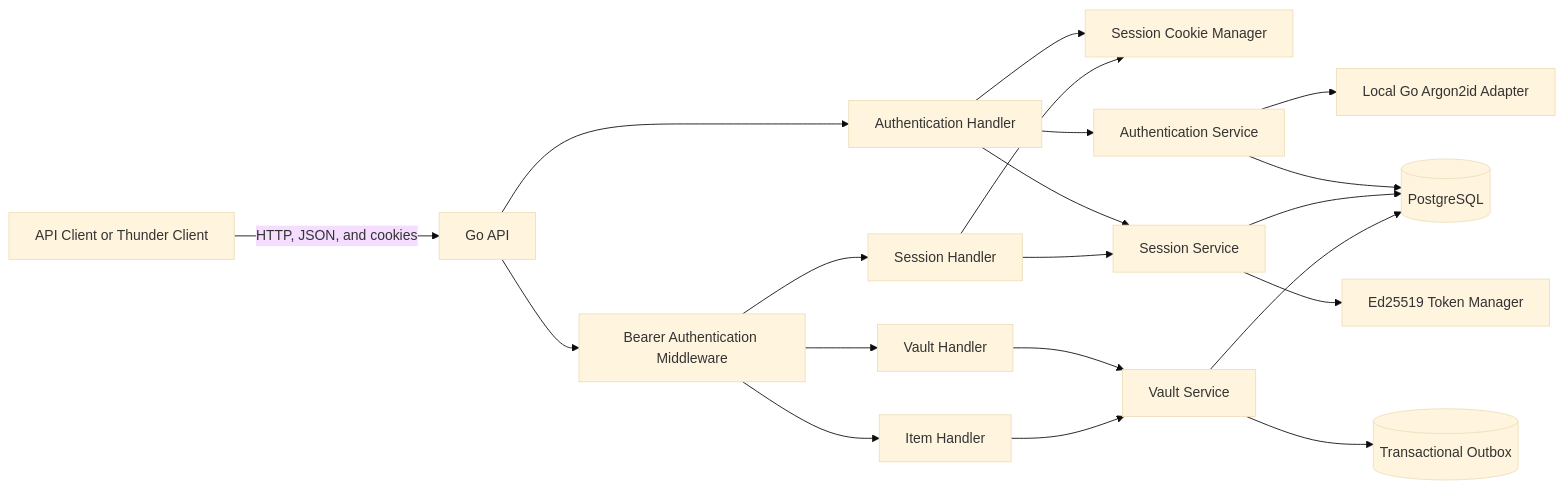
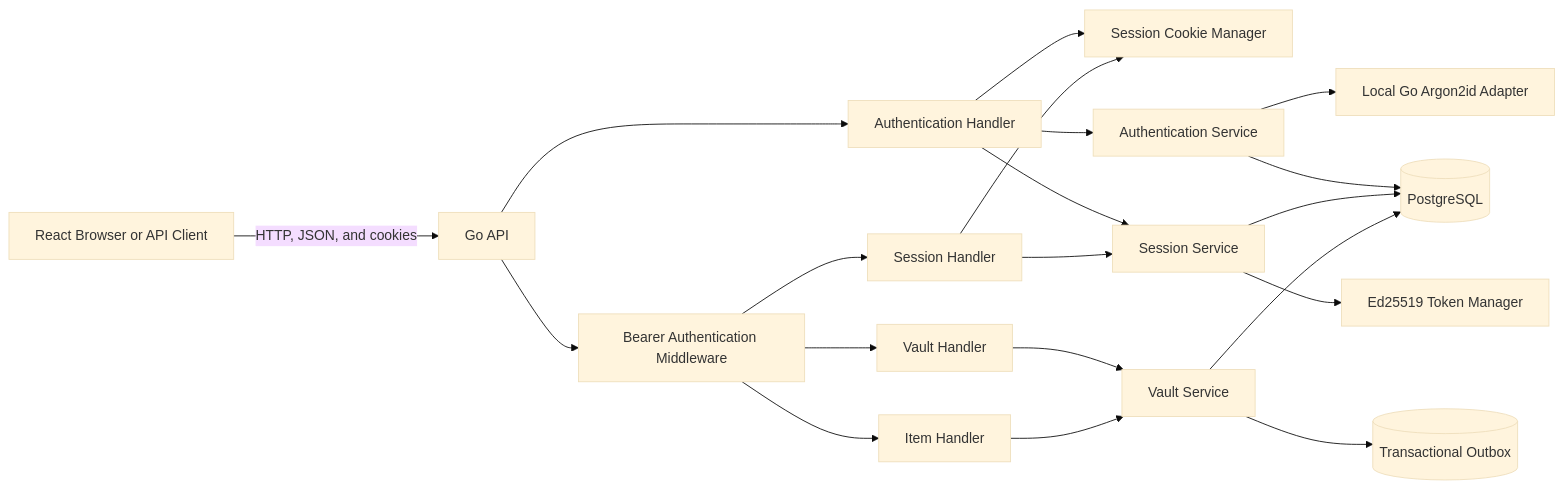
The first of 7 diagrams in docs/architecture.md (martinrgarciap/vaultforge), drawn with Mermaid (base theme) before and after one commit. The commit also changed other lines of this file and 2 other files, not shown here.

````diff
--- a/docs/architecture.md
+++ b/docs/architecture.md
@@ -20,38 +20,38 @@
 ```mermaid
 flowchart LR
-    C[API Client or Thunder Client]
+    C[React Browser or API Client]
     A[Go API]
     AH[Authentication Handler]
     SC[Session Cookie Manager]
     SH[Session Handler]
     VH[Vault Handler]
     IH[Item Handler]
     M[Bearer Authentication Middleware]
     AS[Authentication Service]
     SS[Session Service]
     VS[Vault Service]
     H[Local Go Argon2id Adapter]
     T[Ed25519 Token Manager]
     P[(PostgreSQL)]
     O[(Transactional Outbox)]
 
     C -->|HTTP, JSON, and cookies| A
     A --> AH
     A --> M
     M --> SH
     M --> VH
     M --> IH
     AH --> SC
     SH --> SC
     AH --> AS
     AH --> SS
     SH --> SS
     VH --> VS
     IH --> VS
     AS --> H
     SS --> T
     AS --> P
     SS --> P
     VS --> P
     VS --> O
 ```
````
